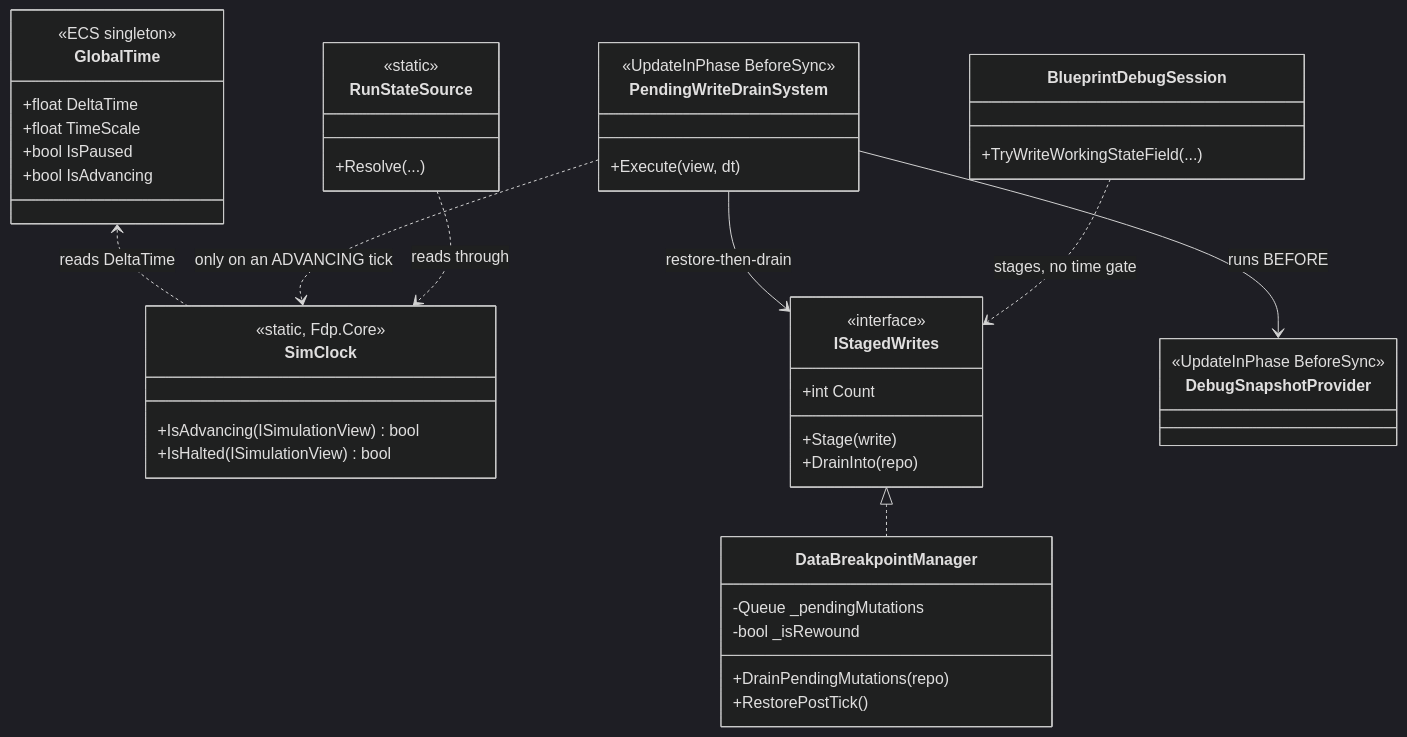
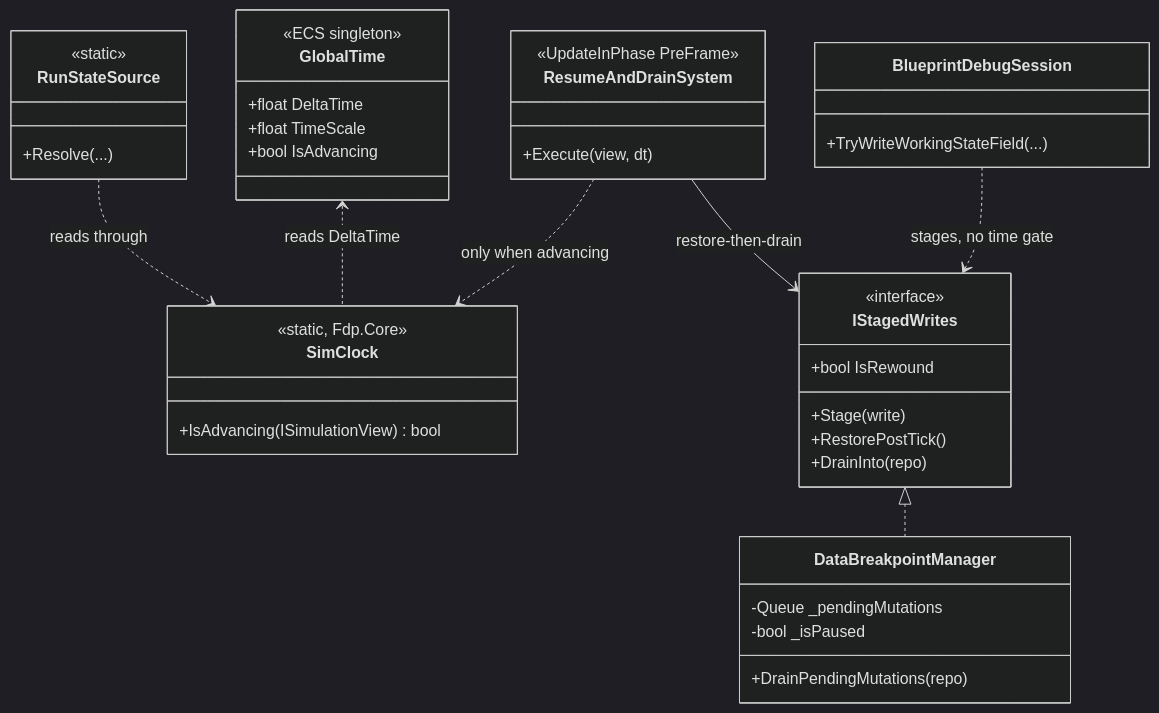
Before and after one commit to pjanec/HROT: the second of 4 diagrams in docs/blueprints/DESIGN_Time_And_Write_Architecture.md, drawn with Mermaid (dark theme). The commit also changed other lines of this file and 3 other files, not shown here.

````diff
--- a/docs/blueprints/DESIGN_Time_And_Write_Architecture.md
+++ b/docs/blueprints/DESIGN_Time_And_Write_Architecture.md
@@ -141,50 +127,43 @@
 ```mermaid
 classDiagram
     class GlobalTime {
         <<ECS singleton>>
         +float DeltaTime
         +float TimeScale
-        +bool IsPaused
         +bool IsAdvancing
     }
     class SimClock {
         <<static, Fdp.Core>>
         +IsAdvancing(ISimulationView) bool
-        +IsHalted(ISimulationView) bool
     }
-    class PendingWriteDrainSystem {
-        <<UpdateInPhase BeforeSync>>
-        <<UpdateBefore DebugSnapshotProvider>>
+    class ResumeAndDrainSystem {
+        <<UpdateInPhase PreFrame>>
         +Execute(view, dt)
     }
     class IStagedWrites {
         <<interface>>
         +Stage(write)
+        +bool IsRewound
+        +RestorePostTick()
         +DrainInto(repo)
-        +int Count
     }
     class DataBreakpointManager {
         -Queue _pendingMutations
-        -bool _isRewound
+        -bool _isPaused
         +DrainPendingMutations(repo)
-        +RestorePostTick()
-    }
-    class DebugSnapshotProvider {
-        <<UpdateInPhase BeforeSync>>
     }
     class BlueprintDebugSession {
         +TryWriteWorkingStateField(...)
     }
     class RunStateSource {
         <<static>>
         +Resolve(...)
     }
 
     GlobalTime <.. SimClock : reads DeltaTime
     IStagedWrites <|.. DataBreakpointManager
-    PendingWriteDrainSystem --> IStagedWrites : restore-then-drain
-    PendingWriteDrainSystem ..> SimClock : only on an ADVANCING tick
-    PendingWriteDrainSystem --> DebugSnapshotProvider : runs BEFORE
+    ResumeAndDrainSystem --> IStagedWrites : restore-then-drain
+    ResumeAndDrainSystem ..> SimClock : only when advancing
     BlueprintDebugSession ..> IStagedWrites : stages, no time gate
     RunStateSource ..> SimClock : reads through
 ```
````
